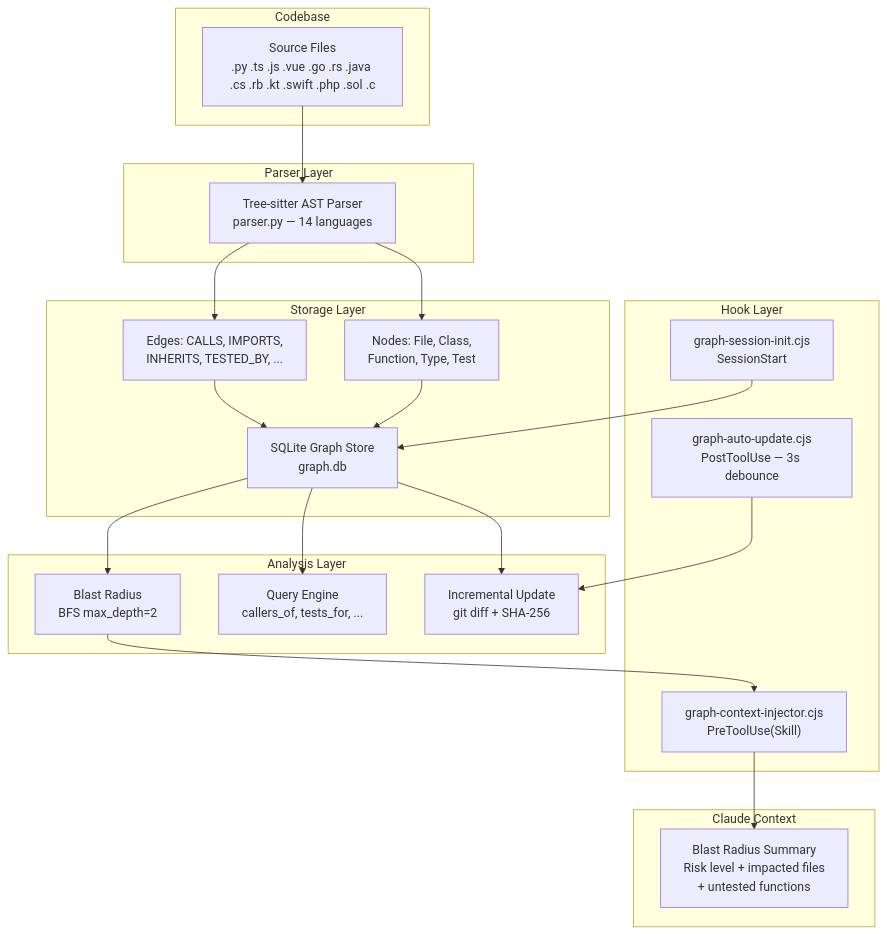
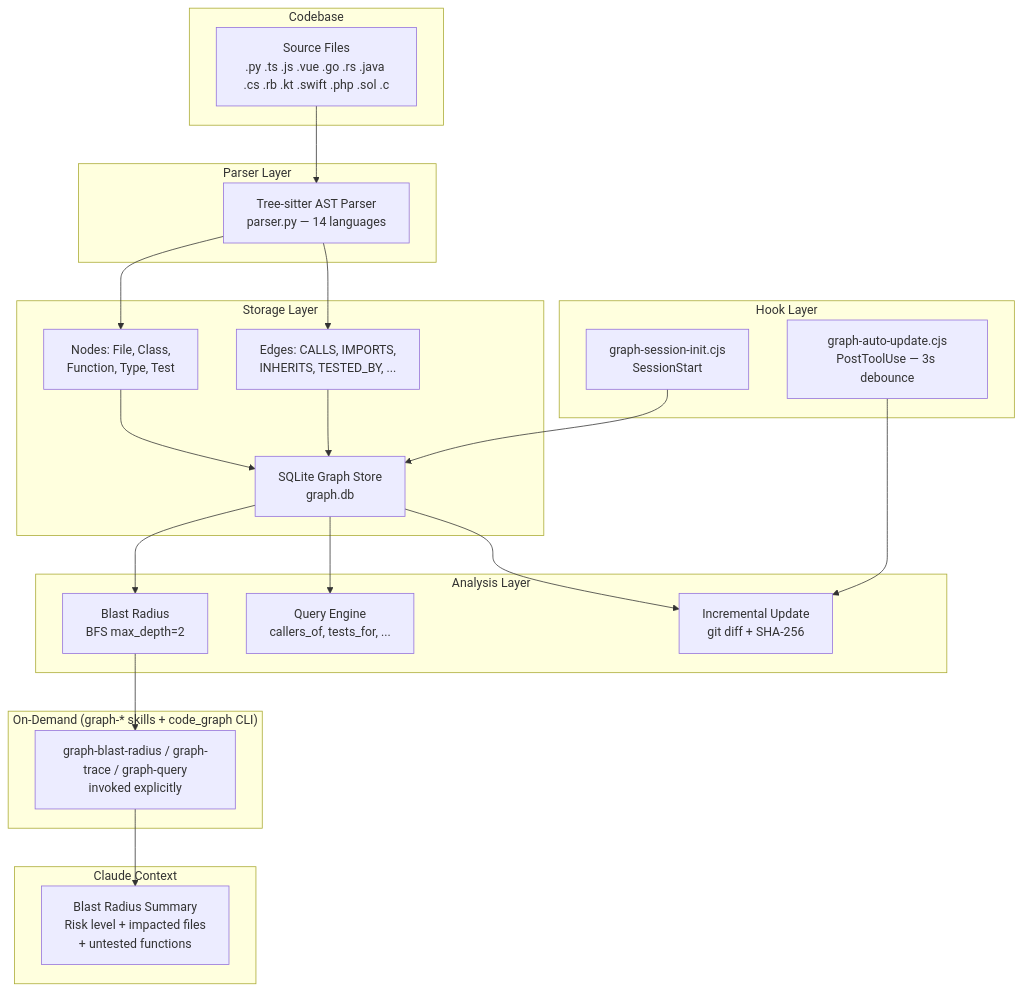
The first of 8 diagrams in .claude/docs/code-graph-mechanism.md (duc01226/EasyPlatform), drawn with Mermaid before and after one commit. The commit also changed other lines of this file and 1280 other files, not shown here.

````diff
--- a/.claude/docs/code-graph-mechanism.md
+++ b/.claude/docs/code-graph-mechanism.md
@@ -69,41 +70,44 @@
 ```mermaid
 graph TB
     subgraph "Codebase"
         SRC["Source Files<br/>.py .ts .js .vue .go .rs .java .cs .rb .kt .swift .php .sol .c"]
     end
 
     subgraph "Parser Layer"
         TS["Tree-sitter AST Parser<br/>parser.py — 14 languages"]
     end
 
     subgraph "Storage Layer"
         DB["SQLite Graph Store<br/>graph.db"]
         N["Nodes: File, Class,<br/>Function, Type, Test"]
         E["Edges: CALLS, IMPORTS,<br/>INHERITS, TESTED_BY, ..."]
     end
 
     subgraph "Analysis Layer"
         BFS["Blast Radius<br/>BFS max_depth=2"]
         QRY["Query Engine<br/>callers_of, tests_for, ..."]
         INC["Incremental Update<br/>git diff + SHA-256"]
     end
 
     subgraph "Hook Layer"
         SI["graph-session-init.cjs<br/>SessionStart"]
         AU["graph-auto-update.cjs<br/>PostToolUse — 3s debounce"]
-        CI["graph-context-injector.cjs<br/>PreToolUse(Skill)"]
+    end
+
+    subgraph "On-Demand (graph-* skills + code_graph CLI)"
+        CI["graph-blast-radius / graph-trace / graph-query<br/>invoked explicitly"]
     end
 
     subgraph "Claude Context"
         CTX["Blast Radius Summary<br/>Risk level + impacted files<br/>+ untested functions"]
     end
 
     SRC --> TS
     TS --> N & E
     N & E --> DB
     DB --> BFS & QRY & INC
     BFS --> CI
     CI --> CTX
     AU --> INC
     SI --> DB
 ```
````
